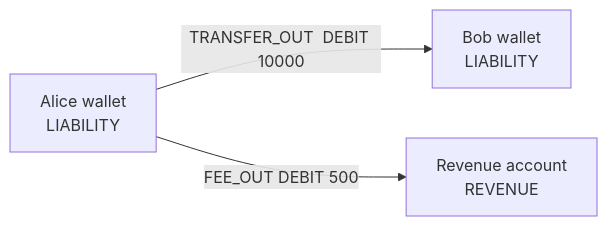
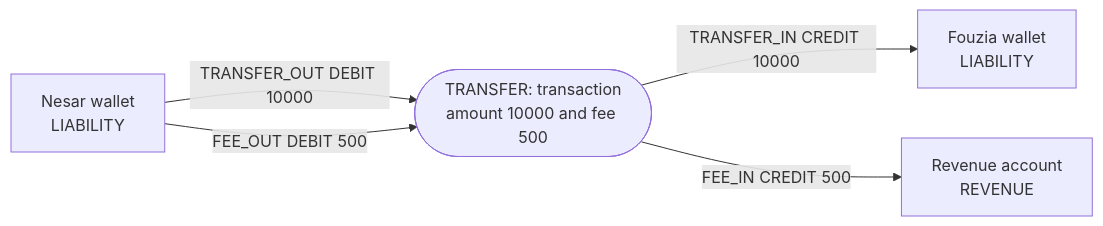
Before and after one commit to nadimnesar/mini-wallet-service: the fourth of 9 diagrams in README.md, drawn with Mermaid. The commit also changed other lines of this file, not shown here.

First line of the commit message:
docs(readme): rewrite intro and API sections, add diagrams and assumptions

````diff
--- a/README.md
+++ b/README.md
@@ -195,9 +254,11 @@
 ```mermaid
 flowchart LR
-    A["Alice wallet<br/>LIABILITY"]
-    B["Bob wallet<br/>LIABILITY"]
+    T(["TRANSFER: transaction<br/>amount 10000 and fee 500"])
+    A["Nesar wallet<br/>LIABILITY"]
+    B["Fouzia wallet<br/>LIABILITY"]
     R["Revenue account<br/>REVENUE"]
-
-    A -- "TRANSFER_OUT  DEBIT 10000" --> B
-    A -- "FEE_OUT  DEBIT 500" --> R
+    A -- " TRANSFER_OUT DEBIT 10000 " --> T
+    A -- " FEE_OUT DEBIT 500 " --> T
+    T -- " TRANSFER_IN CREDIT 10000 " --> B
+    T -- " FEE_IN CREDIT 500 " --> R
 ```
````
